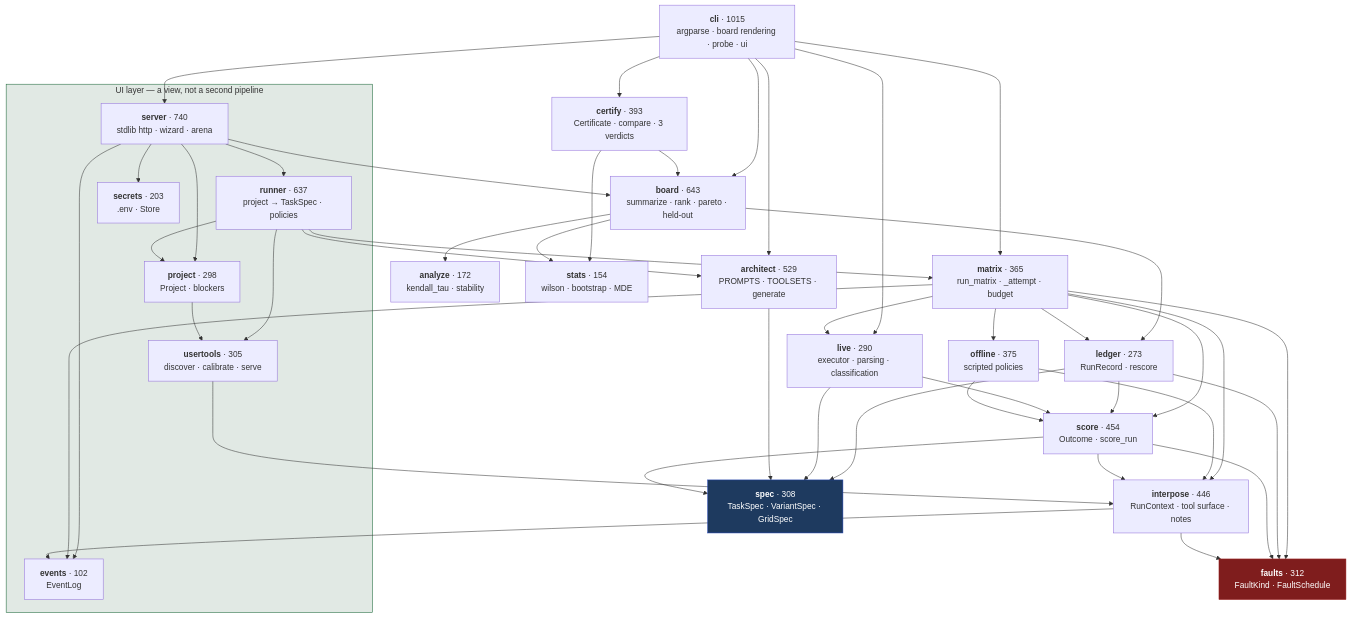
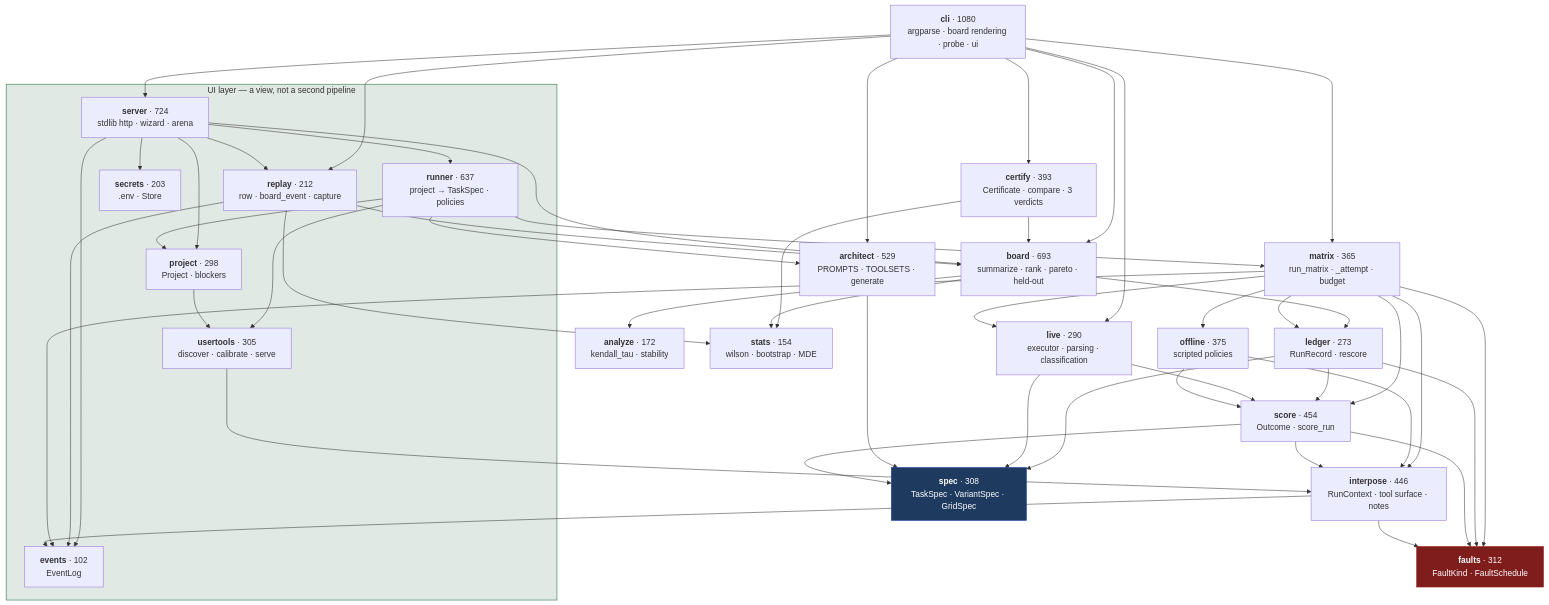
The first of 4 diagrams in docs/architecture/lld.md (Mehul-Gupta-SMH/agent-gauntlet), drawn with Mermaid before and after one commit. The commit also changed other lines of this file and 16 other files, not shown here.

````diff
--- a/docs/architecture/lld.md
+++ b/docs/architecture/lld.md
@@ -9,45 +9,47 @@
 ```mermaid
 flowchart TD
     subgraph ui["UI layer — a view, not a second pipeline"]
-        SERVER["<b>server</b> · 740<br/>stdlib http · wizard · arena"]
+        SERVER["<b>server</b> · 724<br/>stdlib http · wizard · arena"]
         RUNNER["<b>runner</b> · 637<br/>project → TaskSpec · policies"]
         USERT["<b>usertools</b> · 305<br/>discover · calibrate · serve"]
         PROJECT["<b>project</b> · 298<br/>Project · blockers"]
         SECRETS["<b>secrets</b> · 203<br/>.env · Store"]
         EVENTS["<b>events</b> · 102<br/>EventLog"]
+        REPLAY["<b>replay</b> · 212<br/>row · board_event · capture"]
     end
 
-    CLI["<b>cli</b> · 1015<br/>argparse · board rendering · probe · ui"]
-    BOARD["<b>board</b> · 643<br/>summarize · rank · pareto · held-out"]
+    CLI["<b>cli</b> · 1080<br/>argparse · board rendering · probe · ui"]
+    BOARD["<b>board</b> · 693<br/>summarize · rank · pareto · held-out"]
     ARCH["<b>architect</b> · 529<br/>PROMPTS · TOOLSETS · generate"]
     SCORE["<b>score</b> · 454<br/>Outcome · score_run"]
     INTER["<b>interpose</b> · 446<br/>RunContext · tool surface · notes"]
     OFFLINE["<b>offline</b> · 375<br/>scripted policies"]
     MATRIX["<b>matrix</b> · 365<br/>run_matrix · _attempt · budget"]
     FAULTS["<b>faults</b> · 312<br/>FaultKind · FaultSchedule"]
     SPEC["<b>spec</b> · 308<br/>TaskSpec · VariantSpec · GridSpec"]
     LIVE["<b>live</b> · 290<br/>executor · parsing · classification"]
     LEDGER["<b>ledger</b> · 273<br/>RunRecord · rescore"]
     ANALYZE["<b>analyze</b> · 172<br/>kendall_tau · stability"]
     CERT["<b>certify</b> · 393<br/>Certificate · compare · 3 verdicts"]
     STATS["<b>stats</b> · 154<br/>wilson · bootstrap · MDE"]
 
-    CLI --> BOARD & MATRIX & ARCH & LIVE & SERVER & CERT
+    CLI --> BOARD & MATRIX & ARCH & LIVE & SERVER & CERT & REPLAY
     CERT --> BOARD & STATS
-    SERVER --> PROJECT & RUNNER & SECRETS & EVENTS & BOARD
+    SERVER --> PROJECT & RUNNER & SECRETS & EVENTS & BOARD & REPLAY
+    REPLAY --> BOARD & EVENTS & STATS
     RUNNER --> MATRIX & USERT & PROJECT & ARCH
     PROJECT --> USERT
     USERT --> INTER
     BOARD --> LEDGER & ANALYZE & STATS
     MATRIX --> LEDGER & SCORE & LIVE & OFFLINE & INTER & FAULTS & EVENTS
     LEDGER --> SCORE & FAULTS & SPEC
     LIVE --> SCORE & SPEC
     OFFLINE --> INTER & SCORE
     ARCH --> SPEC
     SCORE --> INTER & FAULTS & SPEC
     INTER --> FAULTS & EVENTS
 
     style SPEC fill:#1e3a5f,stroke:#1e40af,color:#fff
     style FAULTS fill:#7f1d1d,stroke:#991b1b,color:#fff
     style ui fill:#14532d20,stroke:#166534
 ```
````
